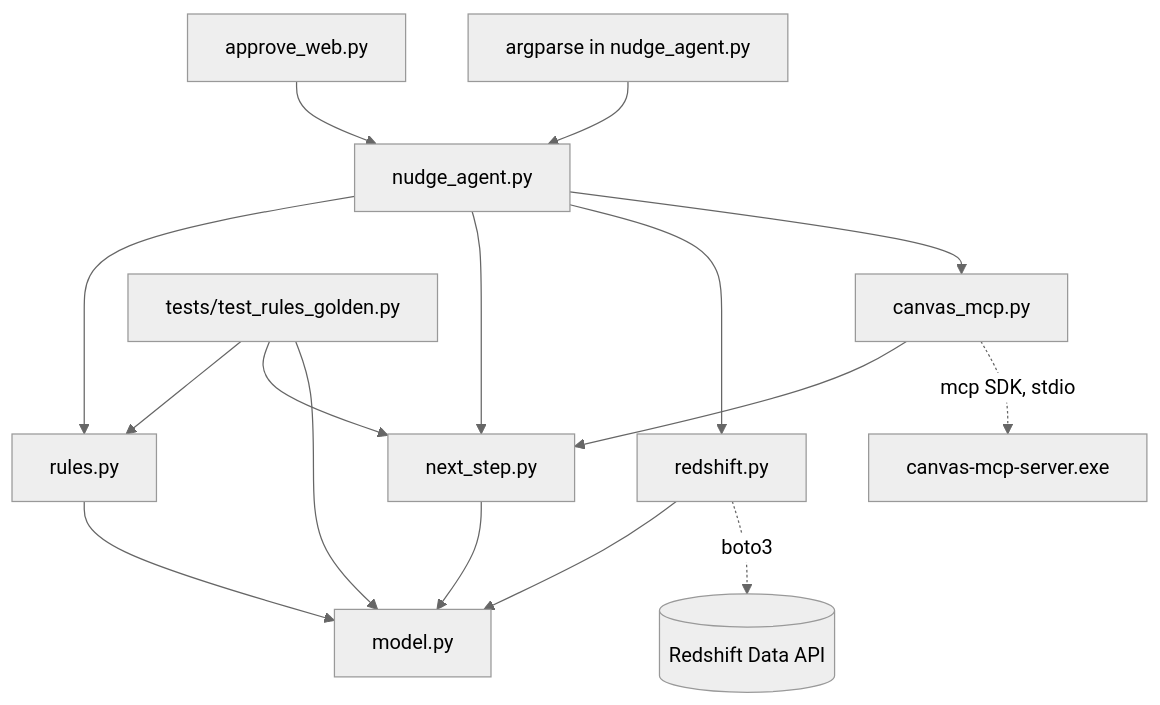
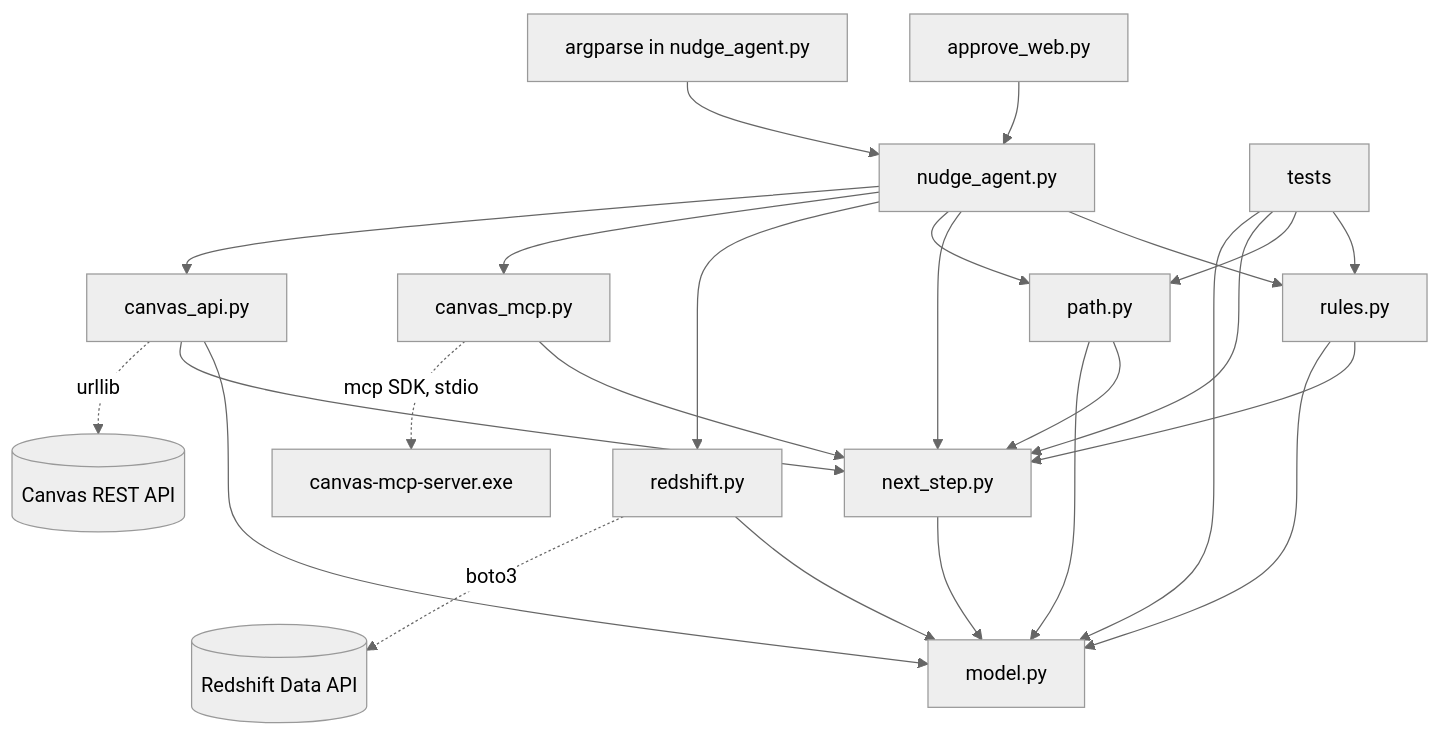
One commit to rdpatilds/nudge-agent changed the second of 7 diagrams in docs/ARCHITECTURE.md. Above: the diagram before and after it, drawn with Mermaid (neutral theme). The commit also changed other lines of this file and 13 other files, not shown here.

````diff
--- a/docs/ARCHITECTURE.md
+++ b/docs/ARCHITECTURE.md
@@ -68,18 +75,27 @@
 ```mermaid
 flowchart TD
     Web[approve_web.py] --> Agent[nudge_agent.py]
     CLI[argparse in nudge_agent.py] --> Agent
     Agent --> Rules[rules.py]
     Agent --> Next[next_step.py]
+    Agent --> Path[path.py]
     Agent --> RS[redshift.py]
     Agent --> MCP[canvas_mcp.py]
+    Agent --> API[canvas_api.py]
+    Rules --> Next
+    Path --> Next
     Rules --> Model[model.py]
     Next --> Model
+    Path --> Model
     RS --> Model
+    API --> Model
     MCP --> Next
-    Test[tests/test_rules_golden.py] --> Rules
+    API --> Next
+    Test[tests] --> Rules
+    Test --> Path
     Test --> Next
     Test --> Model
     RS -.->|boto3| DataAPI[(Redshift Data API)]
     MCP -.->|mcp SDK, stdio| Server[canvas-mcp-server.exe]
+    API -.->|urllib| REST[(Canvas REST API)]
 ```
````
